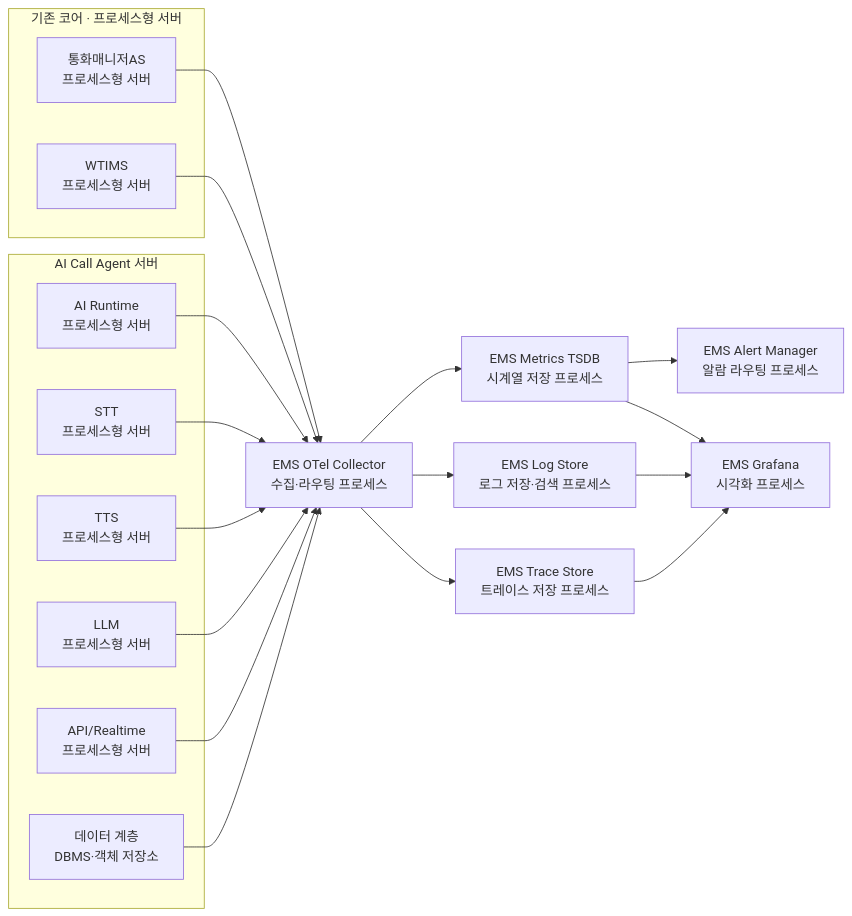
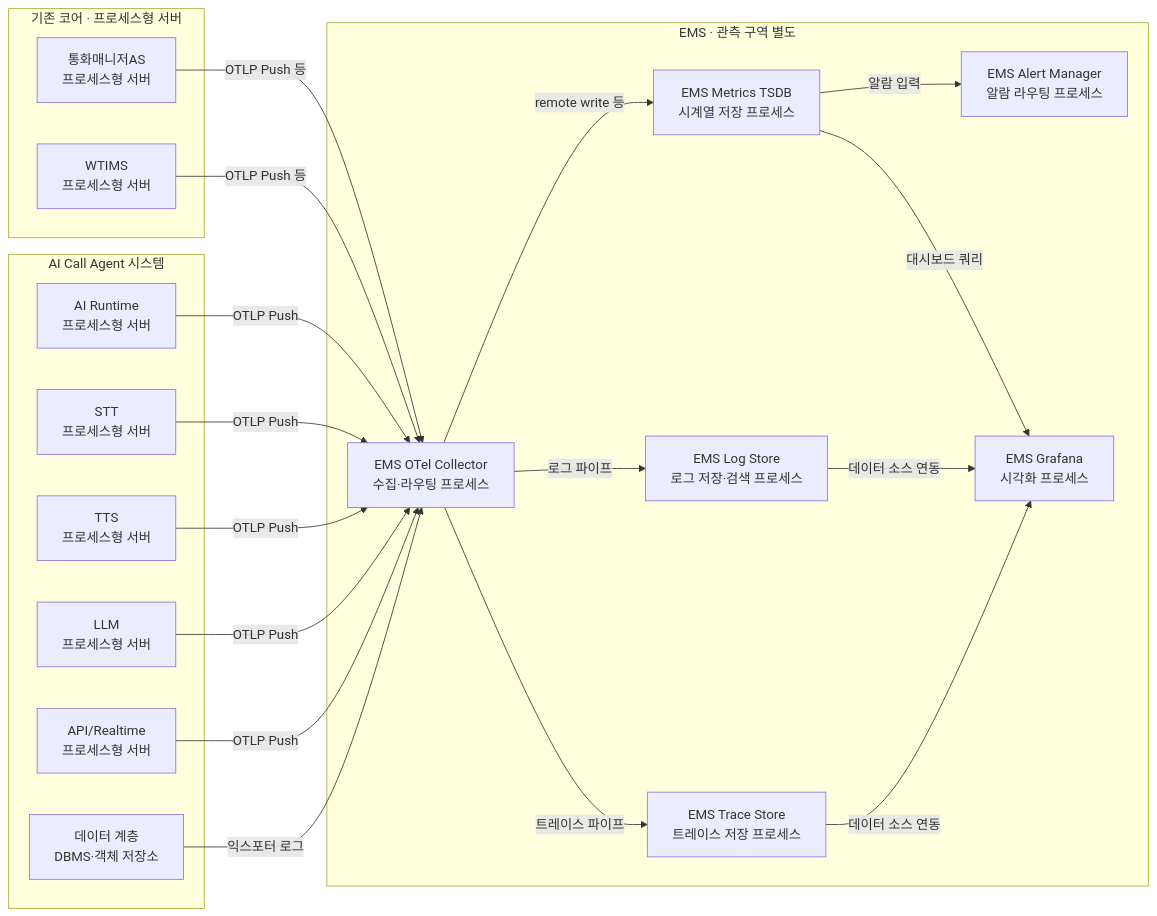
Before and after one commit to hak023/agentic_ai_callbot: the fifth of 5 diagrams in docs/architecture/production-deployment-architecture.md, drawn with Mermaid. The commit also changed other lines of this file, not shown here.

Commit message:
docs(architecture): production-deployment-architecture sip-pbx와 동기화(EMS 대표 VIP·기타 누적)

````diff
--- a/docs/architecture/production-deployment-architecture.md
+++ b/docs/architecture/production-deployment-architecture.md
@@ -693,40 +839,42 @@
 ```mermaid
 flowchart LR
     subgraph CORE["기존 코어 · 프로세스형 서버"]
       CM["통화매니저AS<br/>프로세스형 서버"]
       WT["WTIMS<br/>프로세스형 서버"]
     end
 
-    subgraph ACA["AI Call Agent 서버"]
+    subgraph ACA["AI Call Agent 시스템"]
       AIR["AI Runtime<br/>프로세스형 서버"]
       STT["STT<br/>프로세스형 서버"]
       TTS["TTS<br/>프로세스형 서버"]
       LLM["LLM<br/>프로세스형 서버"]
       API["API/Realtime<br/>프로세스형 서버"]
       DB["데이터 계층<br/>DBMS·객체 저장소"]
     end
 
-    OTL["EMS OTel Collector<br/>수집·라우팅 프로세스"]
-    MTS["EMS Metrics TSDB<br/>시계열 저장 프로세스"]
-    LOG["EMS Log Store<br/>로그 저장·검색 프로세스"]
-    TRC["EMS Trace Store<br/>트레이스 저장 프로세스"]
-    ALR["EMS Alert Manager<br/>알람 라우팅 프로세스"]
-    GRA["EMS Grafana<br/>시각화 프로세스"]
+    subgraph EMS["EMS · 관측 구역 별도"]
+      OTL["EMS OTel Collector<br/>수집·라우팅 프로세스"]
+      MTS["EMS Metrics TSDB<br/>시계열 저장 프로세스"]
+      LOG["EMS Log Store<br/>로그 저장·검색 프로세스"]
+      TRC["EMS Trace Store<br/>트레이스 저장 프로세스"]
+      ALR["EMS Alert Manager<br/>알람 라우팅 프로세스"]
+      GRA["EMS Grafana<br/>시각화 프로세스"]
+    end
 
-    CM --> OTL
-    WT --> OTL
-    AIR --> OTL
-    STT --> OTL
-    TTS --> OTL
-    LLM --> OTL
-    API --> OTL
-    DB --> OTL
+    CM -->|OTLP Push 등| OTL
+    WT -->|OTLP Push 등| OTL
+    AIR -->|OTLP Push| OTL
+    STT -->|OTLP Push| OTL
+    TTS -->|OTLP Push| OTL
+    LLM -->|OTLP Push| OTL
+    API -->|OTLP Push| OTL
+    DB -->|익스포터 로그| OTL
 
-    OTL --> MTS
-    OTL --> LOG
-    OTL --> TRC
-    MTS --> ALR
-    LOG --> GRA
-    TRC --> GRA
-    MTS --> GRA
+    OTL -->|remote write 등| MTS
+    OTL -->|로그 파이프| LOG
+    OTL -->|트레이스 파이프| TRC
+    MTS -->|알람 입력| ALR
+    LOG -->|데이터 소스 연동| GRA
+    TRC -->|데이터 소스 연동| GRA
+    MTS -->|대시보드 쿼리| GRA
 ```
````
